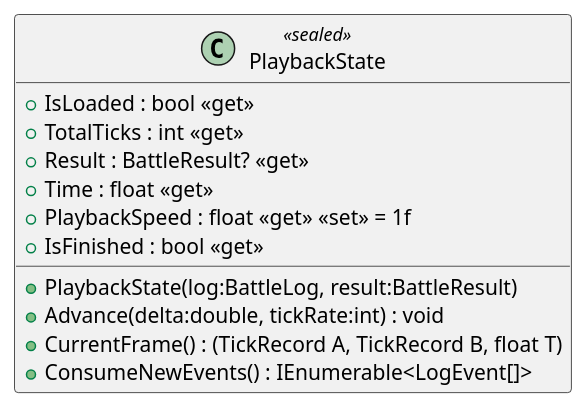
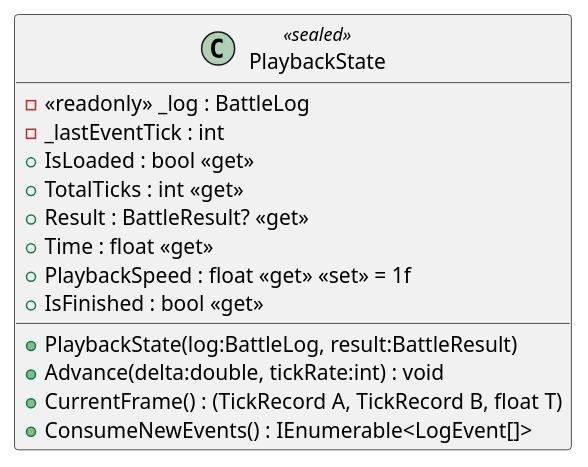
Before and after one commit to Tai-trinh/skock: the diagram in diagrams/csharp/client/src/sim/PlaybackState.puml, drawn with PlantUML. The commit also changed 50 other files, not shown here.

```diff
--- a/diagrams/csharp/client/src/sim/PlaybackState.puml
+++ b/diagrams/csharp/client/src/sim/PlaybackState.puml
@@ -1,14 +1,16 @@
 @startuml
 class PlaybackState <<sealed>> {
+    - <<readonly>> _log : BattleLog
+    - _lastEventTick : int
     + IsLoaded : bool <<get>>
     + TotalTicks : int <<get>>
     + Result : BattleResult? <<get>>
     + Time : float <<get>>
     + PlaybackSpeed : float <<get>> <<set>> = 1f
     + IsFinished : bool <<get>>
     + PlaybackState(log:BattleLog, result:BattleResult)
     + Advance(delta:double, tickRate:int) : void
     + CurrentFrame() : (TickRecord A, TickRecord B, float T)
     + ConsumeNewEvents() : IEnumerable<LogEvent[]>
 }
 @enduml
```
